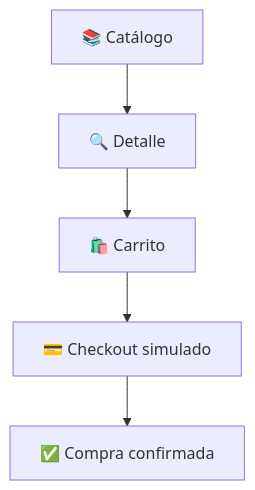
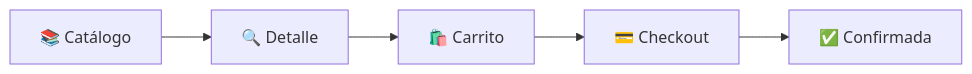
Before and after one commit to REN-ORDO/Rodar: the first of 3 diagrams in README.md, drawn with Mermaid. The commit also changed other lines of this file, not shown here.

Commit message:
docs(readme): diagramas de flujo en horizontal fuera de la tabla

````diff
--- a/README.md
+++ b/README.md
@@ -103,7 +97,4 @@
 ```mermaid
-flowchart TD
-  A[📚 Catálogo] --> B[🔍 Detalle]
-  B --> C[🛍️ Carrito]
-  C --> D[💳 Checkout simulado]
-  D --> E[✅ Compra confirmada]
+flowchart LR
+  A[📚 Catálogo] --> B[🔍 Detalle] --> C[🛍️ Carrito] --> D[💳 Checkout] --> E[✅ Confirmada]
 ```
````
